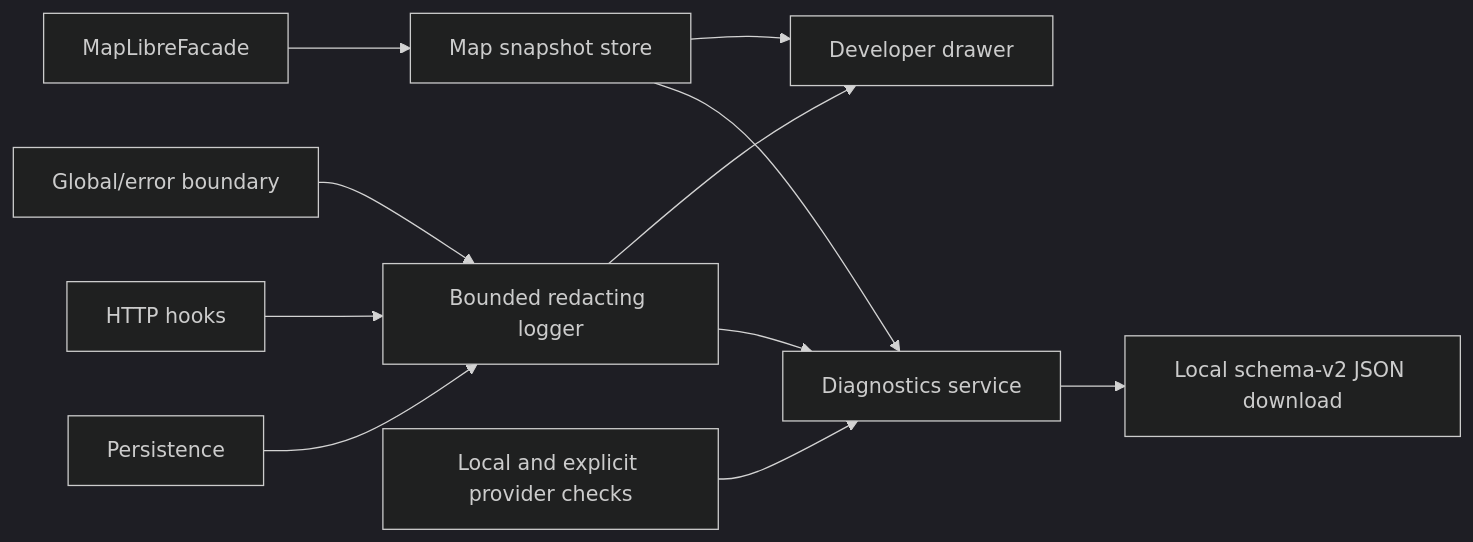
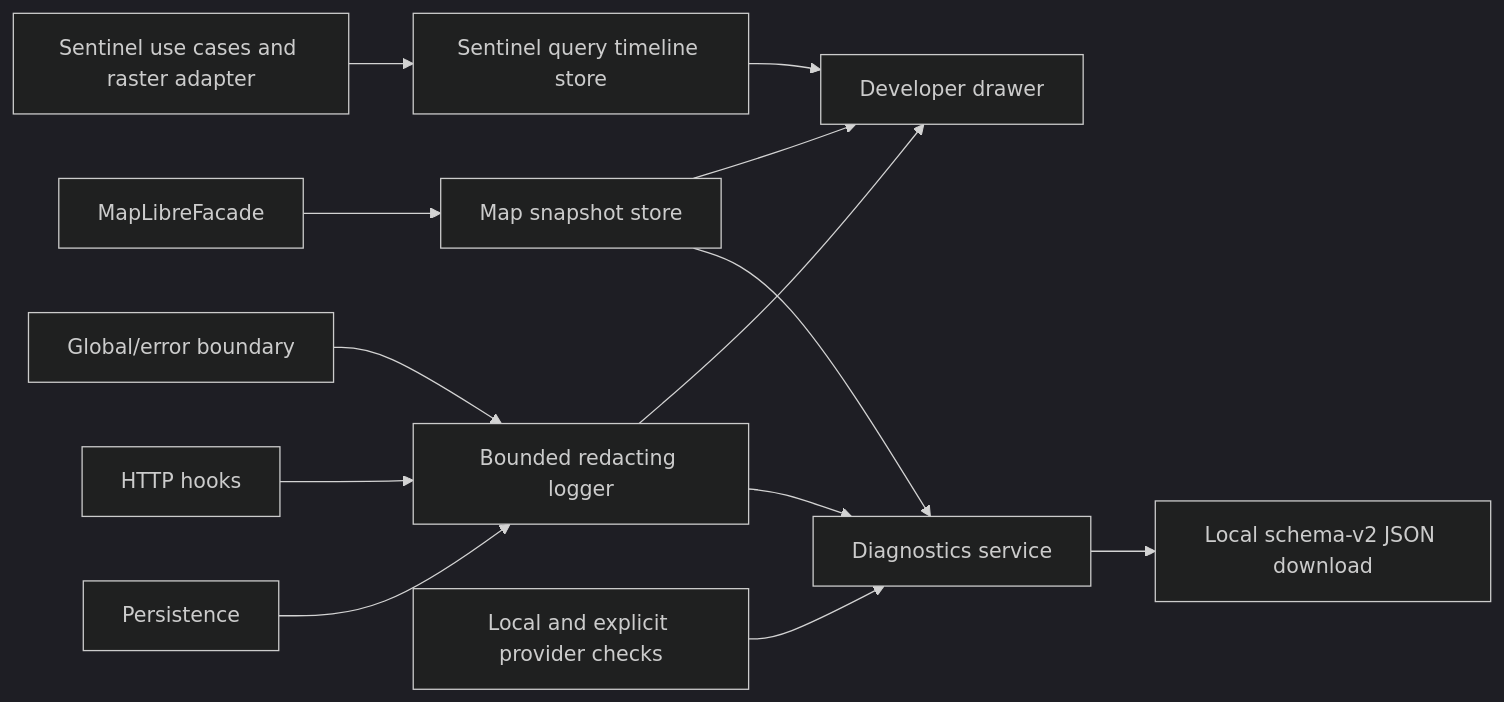
One commit to bogdandm/georgia-routing-planner changed the third of 3 diagrams in docs/runtime-flows.md. Above: the diagram before and after it, drawn with Mermaid (dark theme). The commit also changed other lines of this file and 12 other files, not shown here.

Commit message:
feat(diagnostics): add live Sentinel query timeline

````diff
--- a/docs/runtime-flows.md
+++ b/docs/runtime-flows.md
@@ -101,13 +101,15 @@
 ```mermaid
 flowchart LR
   Map["MapLibreFacade"] --> Snapshot["Map snapshot store"]
   Browser["Global/error boundary"] --> Logger["Bounded redacting logger"]
   HTTP["HTTP hooks"] --> Logger
   Storage["Persistence"] --> Logger
+  Sentinel["Sentinel use cases and raster adapter"] --> SentinelSnapshot["Sentinel query timeline store"]
+  SentinelSnapshot --> Drawer
   Snapshot --> Drawer["Developer drawer"]
   Logger --> Drawer
   Health["Local and explicit provider checks"] --> Diagnostics["Diagnostics service"]
   Snapshot --> Diagnostics
   Logger --> Diagnostics
   Diagnostics --> Bundle["Local schema-v2 JSON download"]
 ```
````
